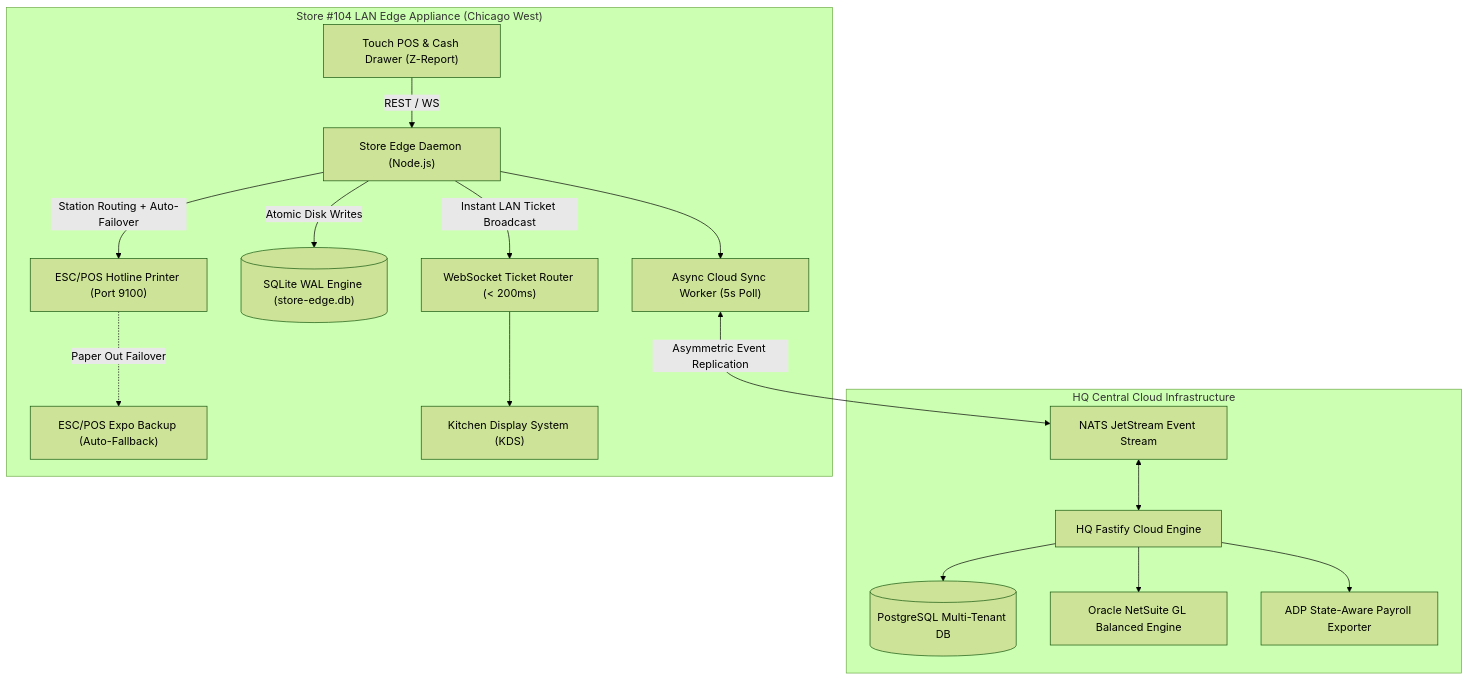
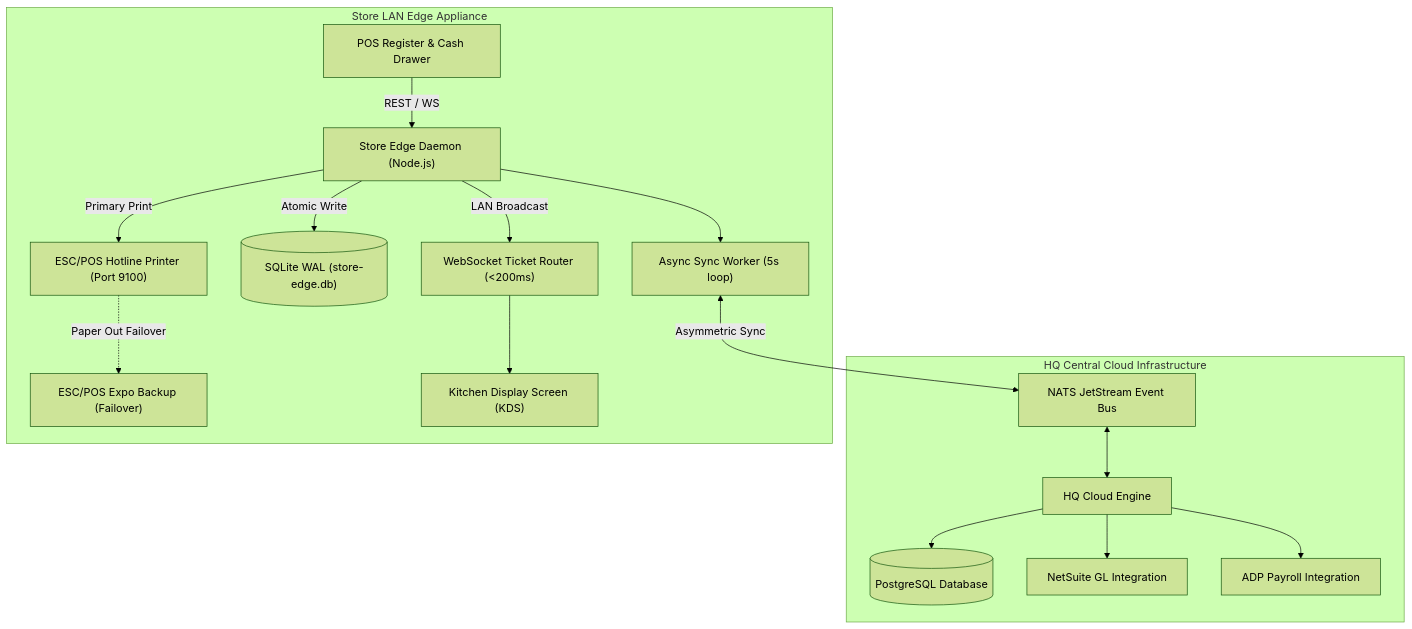
The diagram in README.md (Alokkr00/Restaurant-Management-system), drawn with Mermaid (forest theme) before and after one commit. The commit also changed other lines of this file and 26 other files, not shown here.

````diff
--- a/README.md
+++ b/README.md
@@ -31,32 +30,32 @@
 ```mermaid
 flowchart TD
     subgraph Cloud["HQ Central Cloud Infrastructure"]
-        HQ_API["HQ Fastify Cloud Engine"]
-        HQ_DB[("PostgreSQL Multi-Tenant DB")]
-        NATS["NATS JetStream Event Stream"]
-        NS_INT["Oracle NetSuite GL Balanced Engine"]
-        ADP_INT["ADP State-Aware Payroll Exporter"]
+        HQ_API["HQ Cloud Engine"]
+        HQ_DB[("PostgreSQL Database")]
+        NATS["NATS JetStream Event Bus"]
+        NS_INT["NetSuite GL Integration"]
+        ADP_INT["ADP Payroll Integration"]
     end
 
-    subgraph Store104["Store #104 LAN Edge Appliance (Chicago West)"]
+    subgraph Store104["Store LAN Edge Appliance"]
         EDGE_DAEMON["Store Edge Daemon (Node.js)"]
-        SYNC_WORKER["Async Cloud Sync Worker (5s Poll)"]
-        SQLITE_WAL[("SQLite WAL Engine (store-edge.db)")]
-        WS_LAN["WebSocket Ticket Router (< 200ms)"]
-        ESC_PRINT["ESC/POS Hotline Printer (Port 9100)"]
-        ESC_EXPO["ESC/POS Expo Backup (Auto-Fallback)"]
-        POS_TERM["Touch POS & Cash Drawer (Z-Report)"]
-        KDS_SCREEN["Kitchen Display System (KDS)"]
+        SYNC_WORKER["Async Sync Worker (5s loop)"]
+        SQLITE_WAL[("SQLite WAL (store-edge.db)")]
+        WS_LAN["WebSocket Ticket Router (<200ms)"]
+        ESC_HOTLINE["ESC/POS Hotline Printer (Port 9100)"]
+        ESC_EXPO["ESC/POS Expo Backup (Failover)"]
+        POS_TERM["POS Register & Cash Drawer"]
+        KDS_SCREEN["Kitchen Display Screen (KDS)"]
     end
 
     POS_TERM -->|REST / WS| EDGE_DAEMON
-    EDGE_DAEMON -->|Atomic Disk Writes| SQLITE_WAL
-    EDGE_DAEMON -->|Instant LAN Ticket Broadcast| WS_LAN --> KDS_SCREEN
-    EDGE_DAEMON -->|Station Routing + Auto-Failover| ESC_PRINT
-    ESC_PRINT -.->|Paper Out Failover| ESC_EXPO
+    EDGE_DAEMON -->|Atomic Write| SQLITE_WAL
+    EDGE_DAEMON -->|LAN Broadcast| WS_LAN --> KDS_SCREEN
+    EDGE_DAEMON -->|Primary Print| ESC_HOTLINE
+    ESC_HOTLINE -.->|Paper Out Failover| ESC_EXPO
     EDGE_DAEMON --> SYNC_WORKER
-    SYNC_WORKER <-->|Asymmetric Event Replication| NATS <--> HQ_API
+    SYNC_WORKER <-->|Asymmetric Sync| NATS <--> HQ_API
     HQ_API --> HQ_DB
     HQ_API --> NS_INT
     HQ_API --> ADP_INT
 ```
````
